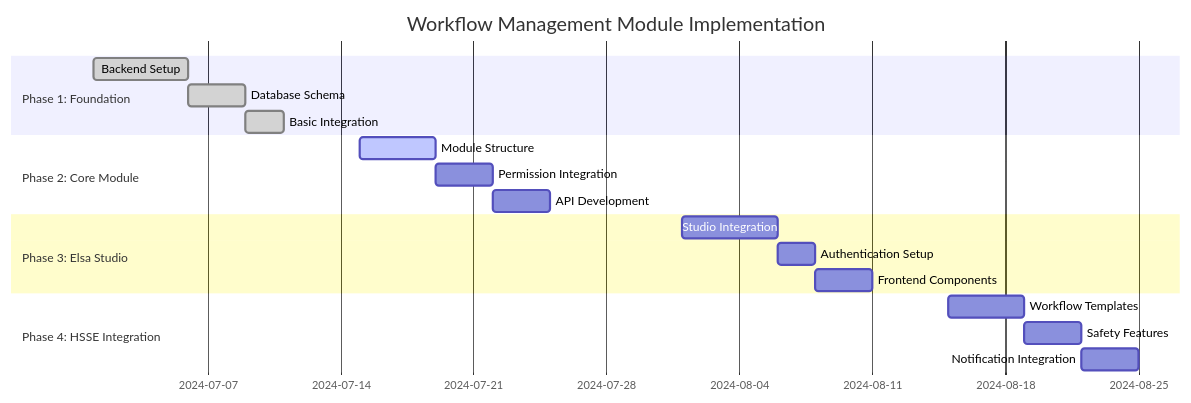
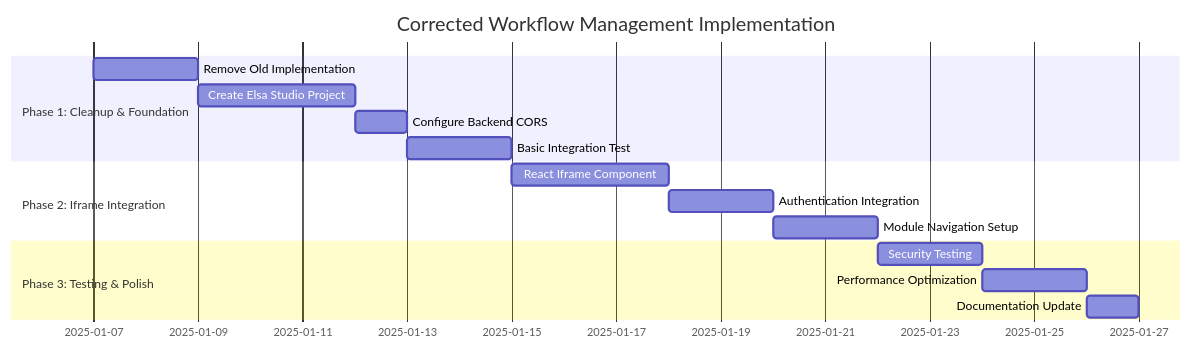
Before and after one commit to risky-biz/harmoni-hse-360: the fourth of 4 diagrams in docs/Workflow_Management/Workflow_Management_Module_Implementation_Plan.md, drawn with Mermaid. The commit also changed other lines of this file and 78 other files, not shown here.

First line of the commit message:
docs: update workflow documentation to reflect completed implementation

````diff
--- a/docs/Workflow_Management/Workflow_Management_Module_Implementation_Plan.md
+++ b/docs/Workflow_Management/Workflow_Management_Module_Implementation_Plan.md
@@ -1118,21 +1344,18 @@
 ```mermaid
 gantt
-    title Workflow Management Module Implementation
+    title Corrected Workflow Management Implementation
     dateFormat  YYYY-MM-DD
-    section Phase 1: Foundation
-    Backend Setup           :done, backend1, 2024-07-01, 5d
-    Database Schema         :done, db1, after backend1, 3d
-    Basic Integration       :done, integration1, after db1, 2d
-    section Phase 2: Core Module
-    Module Structure        :active, module1, 2024-07-15, 4d
-    Permission Integration  :permission1, after module1, 3d
-    API Development         :api1, after permission1, 3d
-    section Phase 3: Elsa Studio
-    Studio Integration      :studio1, 2024-08-01, 5d
-    Authentication Setup    :auth1, after studio1, 2d
-    Frontend Components     :frontend1, after auth1, 3d
-    section Phase 4: HSSE Integration
-    Workflow Templates      :templates1, 2024-08-15, 4d
-    Safety Features         :safety1, after templates1, 3d
-    Notification Integration:notify1, after safety1, 3d
+    section Phase 1: Cleanup & Foundation
+    Remove Old Implementation :cleanup1, 2025-01-07, 2d
+    Create Elsa Studio Project:studio-create, after cleanup1, 3d
+    Configure Backend CORS    :cors-config, after studio-create, 1d
+    Basic Integration Test    :test1, after cors-config, 2d
+    section Phase 2: Iframe Integration
+    React Iframe Component    :iframe1, 2025-01-15, 3d
+    Authentication Integration:auth2, after iframe1, 2d
+    Module Navigation Setup   :nav1, after auth2, 2d
+    section Phase 3: Testing & Polish
+    Security Testing          :security1, 2025-01-22, 2d
+    Performance Optimization  :perf1, after security1, 2d
+    Documentation Update      :docs1, after perf1, 1d
 ```
````
